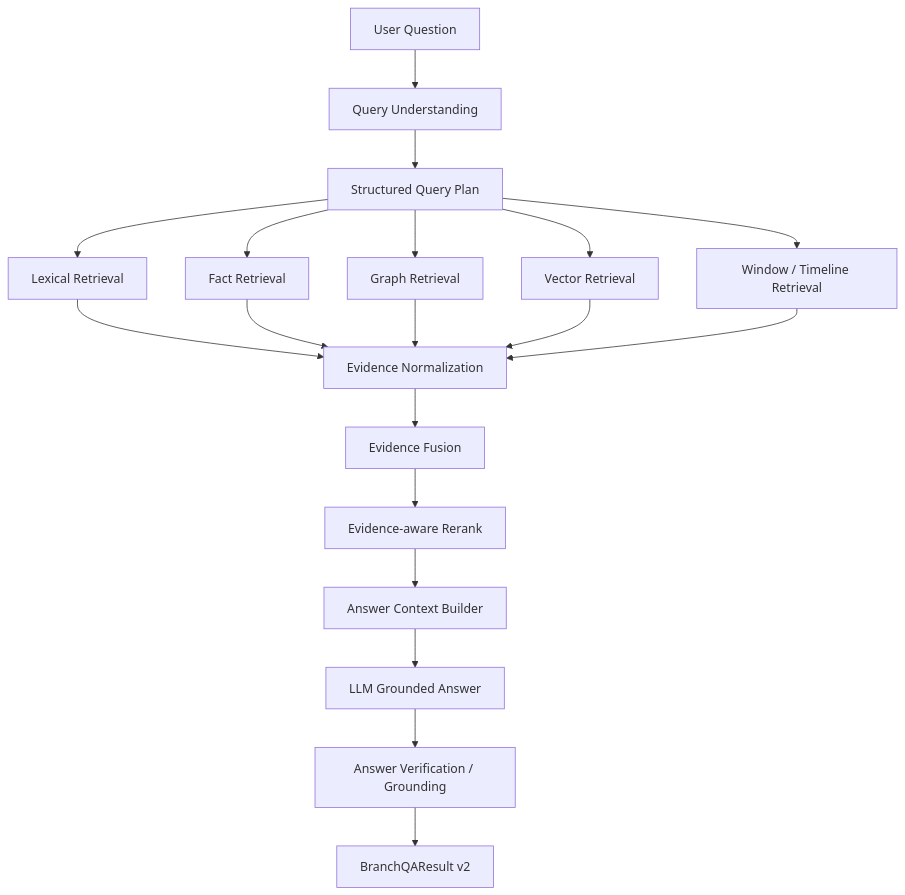
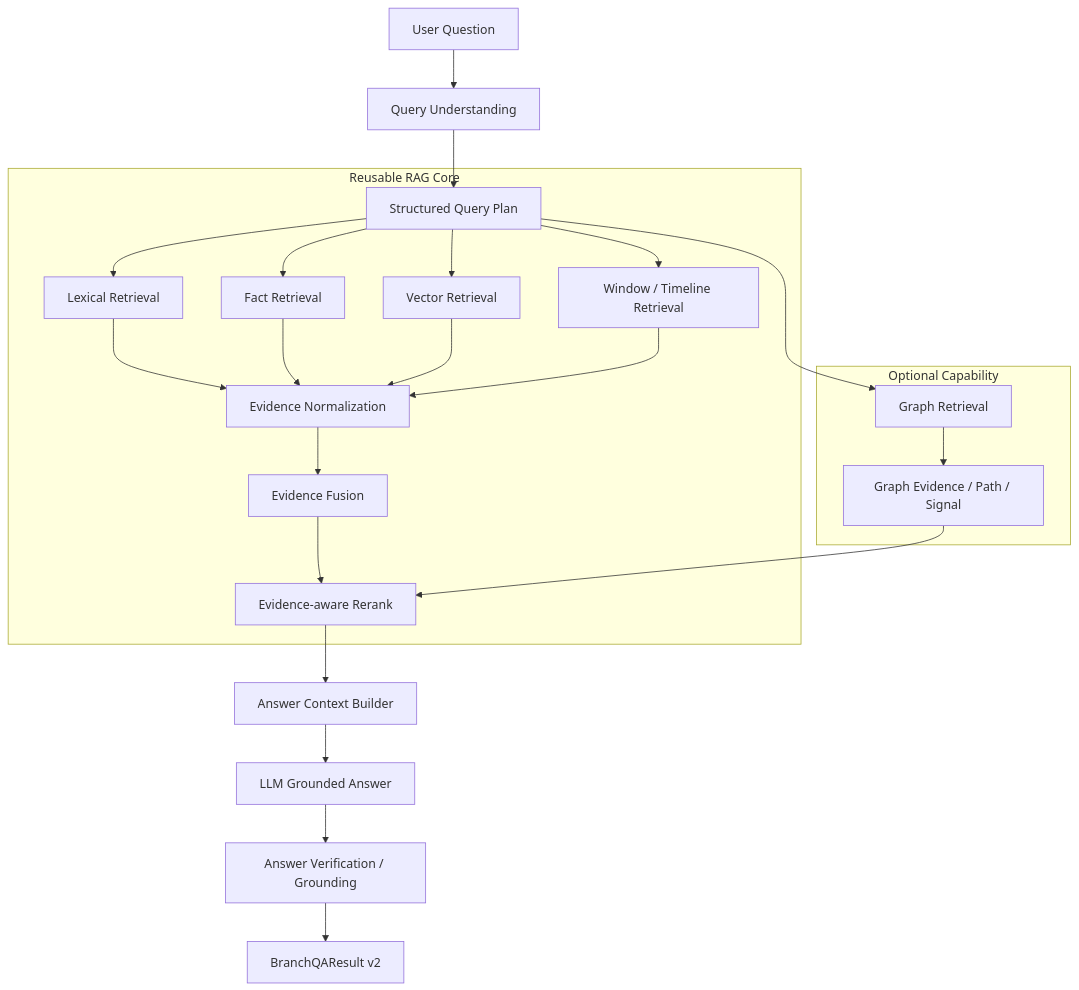
Before and after one commit to novel-writer-pro/novel-analyzer: the diagram in docs/qa_upgrade_v2/02-target-architecture.md, drawn with Mermaid. The commit also changed other lines of this file and 7 other files, not shown here.

First line of the commit message:
docs(qa): define reusable core and optional graph

````diff
--- a/docs/qa_upgrade_v2/02-target-architecture.md
+++ b/docs/qa_upgrade_v2/02-target-architecture.md
@@ -17,24 +21,30 @@
 ```mermaid
 flowchart TD
     A[User Question] --> B[Query Understanding]
     B --> C[Structured Query Plan]
 
-    C --> D1[Lexical Retrieval]
-    C --> D2[Fact Retrieval]
-    C --> D3[Graph Retrieval]
-    C --> D4[Vector Retrieval]
-    C --> D5[Window / Timeline Retrieval]
+    subgraph CORE[Reusable RAG Core]
+        C --> D1[Lexical Retrieval]
+        C --> D2[Fact Retrieval]
+        C --> D4[Vector Retrieval]
+        C --> D5[Window / Timeline Retrieval]
 
-    D1 --> E[Evidence Normalization]
-    D2 --> E
-    D3 --> E
-    D4 --> E
-    D5 --> E
+        D1 --> E[Evidence Normalization]
+        D2 --> E
+        D4 --> E
+        D5 --> E
+        E --> F[Evidence Fusion]
+        F --> G[Evidence-aware Rerank]
+    end
 
-    E --> F[Evidence Fusion]
-    F --> G[Evidence-aware Rerank]
+    subgraph OPTIONAL[Optional Capability]
+        C --> D3[Graph Retrieval]
+        D3 --> E2[Graph Evidence / Path / Signal]
+    end
+
+    E2 --> G
     G --> H[Answer Context Builder]
     H --> I[LLM Grounded Answer]
     I --> J[Answer Verification / Grounding]
     J --> K[BranchQAResult v2]
 ```
````
